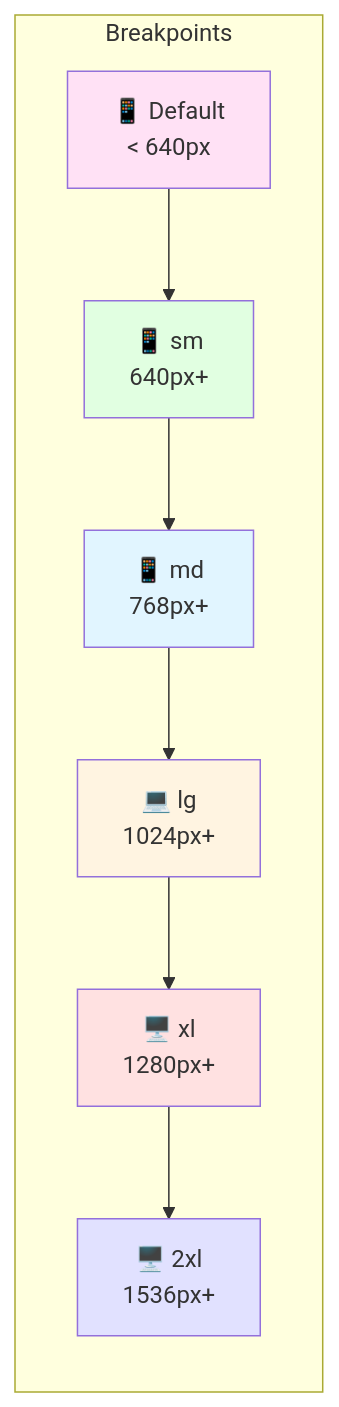
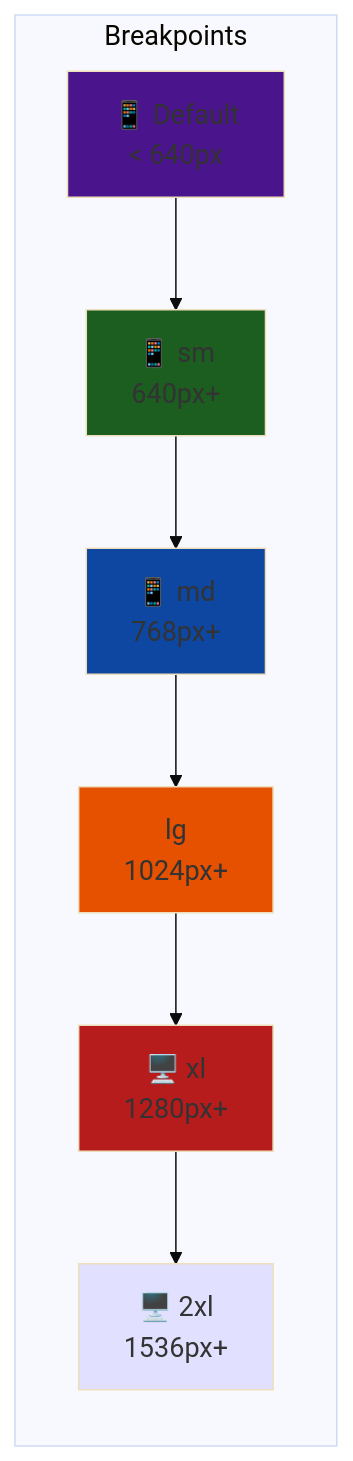
Before and after one commit to Ai-Whisperers/Courses-Content: the fourth of 12 diagrams in courses/🟡-development/FPUNA-2026/01-DESARROLLO-SOFTWARE/especializaciones/web-development/04-diseno-ui-ux.md, drawn with Mermaid. The commit also changed other lines of this file and 47 other files, not shown here.

First line of the commit message:
fix: Make all 473 diagrams WCAG AAA accessible (FPUNA-2026)

````diff
--- a/courses/🟡-development/FPUNA-2026/01-DESARROLLO-SOFTWARE/especializaciones/web-development/04-diseno-ui-ux.md
+++ b/courses/🟡-development/FPUNA-2026/01-DESARROLLO-SOFTWARE/especializaciones/web-development/04-diseno-ui-ux.md
@@ -280,20 +283,21 @@
 ```mermaid
+%%{init: {'theme':'base', 'themeVariables': {'fontSize':'18px'}}}%%
 graph LR
     subgraph "Breakpoints"
         A[📱 Default<br/>< 640px]
         B[📱 sm<br/>640px+]
         C[📱 md<br/>768px+]
-        D[💻 lg<br/>1024px+]
+        D[lg<br/>1024px+]
         E[🖥️ xl<br/>1280px+]
         F[🖥️ 2xl<br/>1536px+]
         
         A --> B --> C --> D --> E --> F
     end
     
-    style A fill:#FFE1F5
-    style B fill:#E1FFE1
-    style C fill:#E1F5FF
-    style D fill:#FFF4E1
-    style E fill:#FFE1E1
+    style A fill:#4a148c
+    style B fill:#1b5e20
+    style C fill:#0d47a1
+    style D fill:#e65100
+    style E fill:#b71c1c
     style F fill:#E1E1FF
 ```
````
